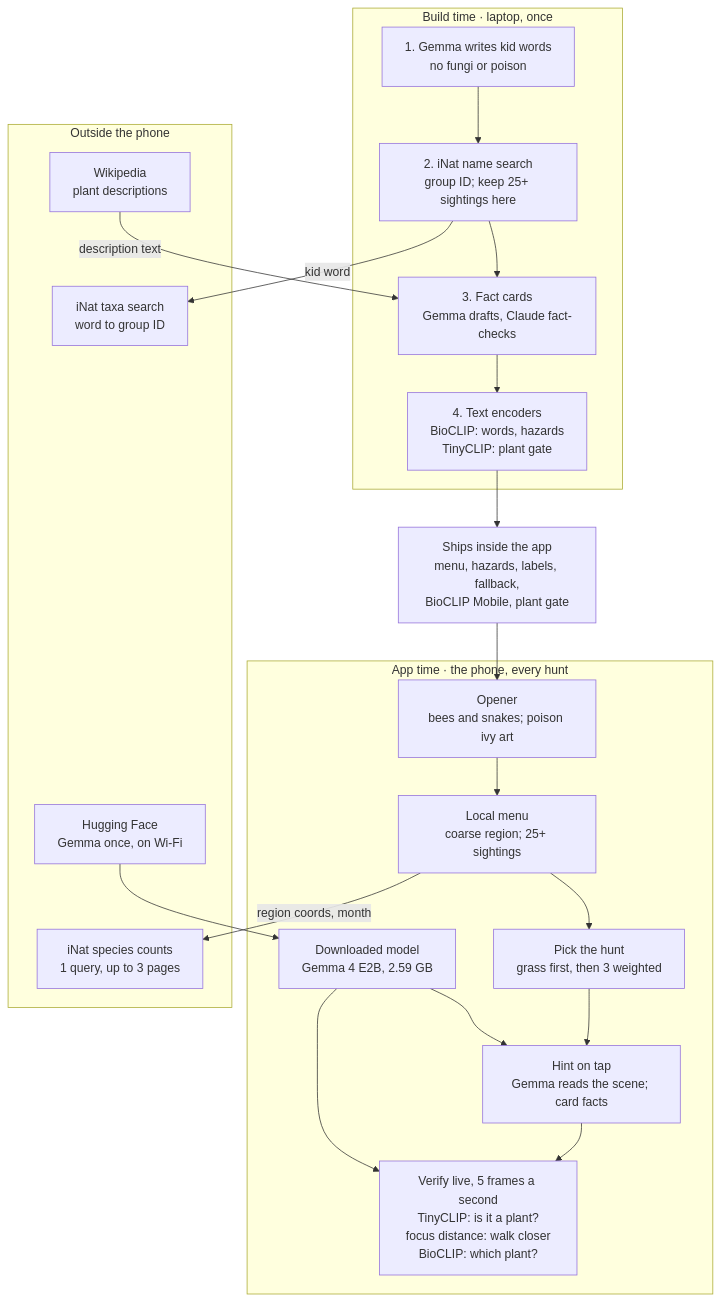
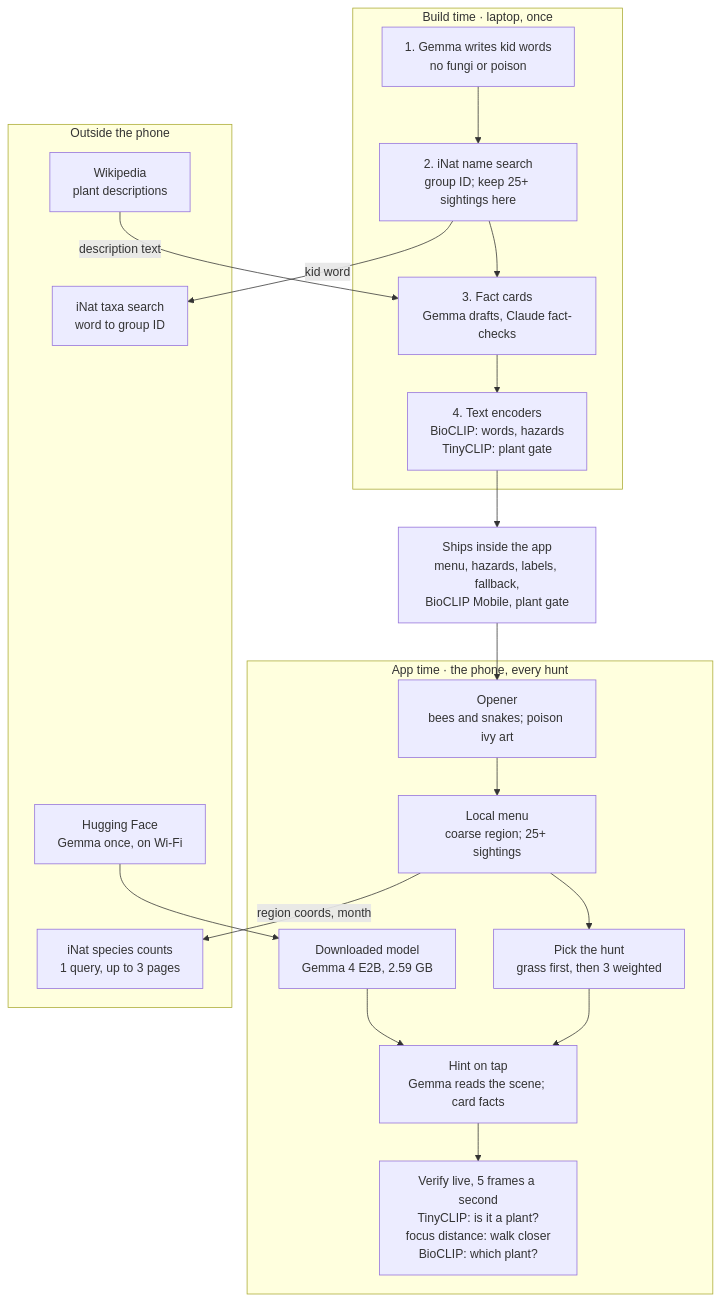
The diagram in docs/PRD.md (anchildress1/wild-find), drawn with Mermaid before and after one commit. The commit also changed 1 other file, not shown here.

Commit message:
docs: keep Gemma out of verify in the diagram and work queue
- drop the downloaded-Gemma edge into live verify; Gemma feeds hints only
- the Day-1 invariant covers every runtime model, TinyCLIP included
- S25 and S34 list every verify state in order, plant gate first

````diff
--- a/docs/PRD.md
+++ b/docs/PRD.md
@@ -173,43 +173,42 @@
 ```mermaid
 %%{init: {'theme': 'default'}}%%
 flowchart TD
     accTitle: wild-find architecture
     accDescr: Build time runs once on a laptop and ships the menu, hazards, label vectors, the plant gate, and a fallback list inside the app. At app time the phone runs the opener, local menu, hunt pick, hints, and live verification with a plant gate and BioCLIP. Photos and precise location never leave the phone.
 
     subgraph build["Build time · laptop, once"]
         B1["1. Gemma writes kid words<br/>no fungi or poison"]
         B2["2. iNat name search<br/>group ID; keep 25+ sightings here"]
         B3["3. Fact cards<br/>Gemma drafts, Claude fact-checks"]
         B4["4. Text encoders<br/>BioCLIP: words, hazards<br/>TinyCLIP: plant gate"]
         B1 --> B2 --> B3 --> B4
     end
 
     SHIP["Ships inside the app<br/>menu, hazards, labels, fallback,<br/>BioCLIP Mobile, plant gate"]
     B4 --> SHIP
 
     subgraph app["App time · the phone, every hunt"]
         A1["Opener<br/>bees and snakes; poison ivy art"]
         A2["Local menu<br/>coarse region; 25+ sightings"]
         A3["Pick the hunt<br/>grass first, then 3 weighted"]
         A4["Hint on tap<br/>Gemma reads the scene; card facts"]
         A5["Verify live, 5 frames a second<br/>TinyCLIP: is it a plant?<br/>focus distance: walk closer<br/>BioCLIP: which plant?"]
         M["Downloaded model<br/>Gemma 4 E2B, 2.59 GB"]
         A1 --> A2 --> A3 --> A4 --> A5
         M --> A4
-        M --> A5
     end
 
     SHIP --> A1
 
     subgraph outside["Outside the phone"]
         E1["iNat taxa search<br/>word to group ID"]
         E2["Wikipedia<br/>plant descriptions"]
         E3["iNat species counts<br/>1 query, up to 3 pages"]
         E4["Hugging Face<br/>Gemma once, on Wi-Fi"]
     end
 
     B2 -- "kid word" --> E1
     E2 -- "description text" --> B3
     A2 -- "region coords, month" --> E3
     E4 --> M
 ```
````
